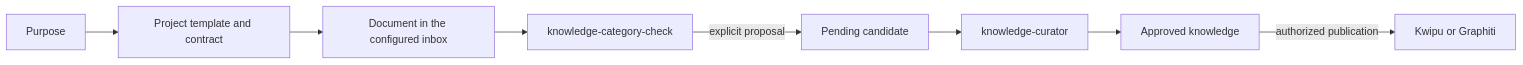
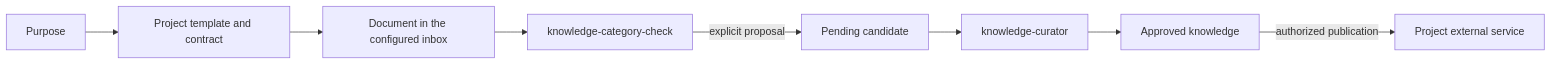
Before and after one commit to daycry/custom-agents: diagram 27 of 28 in docs/en/FLOWS.md, drawn with Mermaid. The commit also changed other lines of this file and 60 other files, not shown here.

````diff
--- a/docs/en/FLOWS.md
+++ b/docs/en/FLOWS.md
@@ -851,10 +848,10 @@
 ```mermaid
 flowchart LR
   Purpose --> Template[Project template and contract]
   Template --> Original[Document in the configured inbox]
   Original --> Check[knowledge-category-check]
   Check -->|explicit proposal| Pending[Pending candidate]
   Pending --> Curator[knowledge-curator]
   Curator --> Approved[Approved knowledge]
-  Approved -->|authorized publication| Backend[Kwipu or Graphiti]
+  Approved -->|authorized publication| Backend[Project external service]
 ```
````
